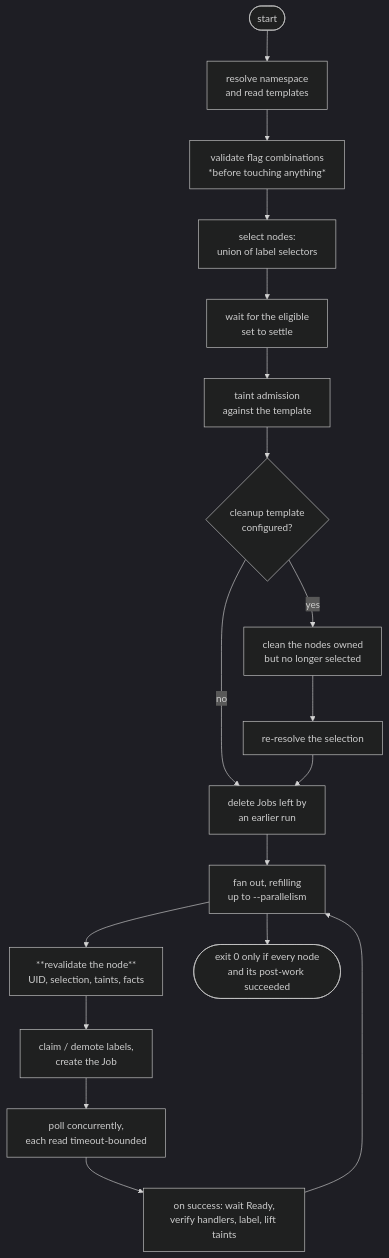
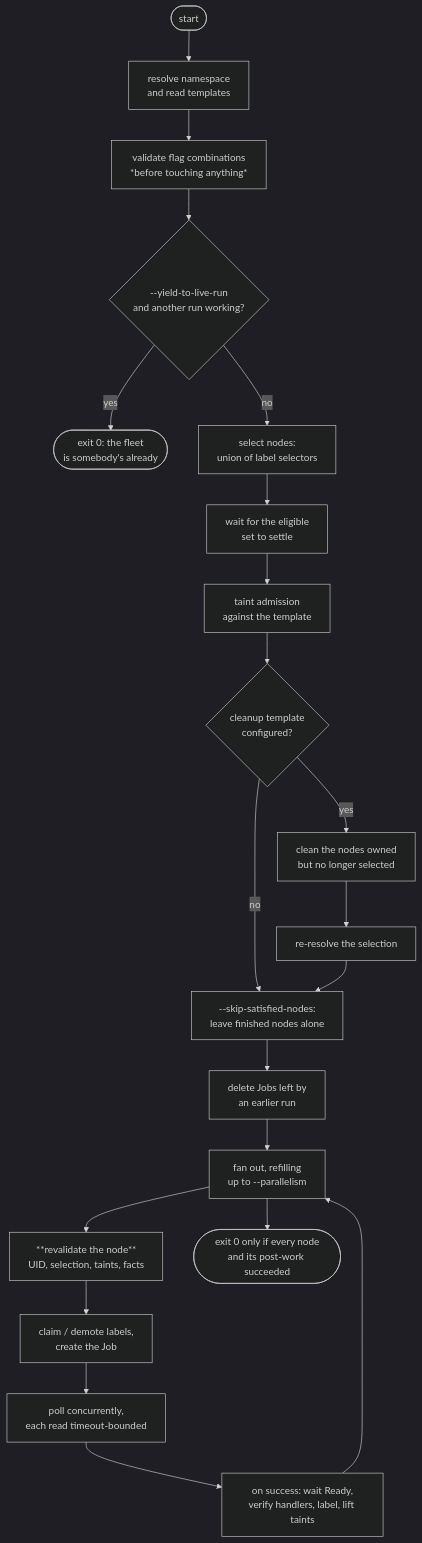
One commit to fidencio/k8s-job-dispatcher changed the second of 3 diagrams in ARCHITECTURE.md. Above: the diagram before and after it, drawn with Mermaid (dark theme). The commit also changed other lines of this file and 3 other files, not shown here.

First line of the commit message:
dispatcher: Leave alone the nodes already showing a finished run

````diff
--- a/ARCHITECTURE.md
+++ b/ARCHITECTURE.md
@@ -71,20 +71,23 @@
 ```mermaid
 flowchart TD
     begin(["start"]) --> ns["resolve namespace<br>and read templates"]
     ns --> guard["validate flag combinations<br>*before touching anything*"]
-    guard --> select["select nodes:<br>union of label selectors"]
+    guard --> live{"--yield-to-live-run<br>and another run working?"}
+    live -- yes --> aside(["exit 0: the fleet<br>is somebody's already"])
+    live -- no --> select["select nodes:<br>union of label selectors"]
     select --> settle["wait for the eligible<br>set to settle"]
     settle --> admit["taint admission<br>against the template"]
     admit --> converge{"cleanup template<br>configured?"}
     converge -- yes --> removed["clean the nodes owned<br>but no longer selected"]
-    converge -- no --> stale
+    converge -- no --> skip
     removed --> reresolve["re-resolve the selection"]
-    reresolve --> stale["delete Jobs left by<br>an earlier run"]
+    reresolve --> skip["--skip-satisfied-nodes:<br>leave finished nodes alone"]
+    skip --> stale["delete Jobs left by<br>an earlier run"]
     stale --> fanout["fan out, refilling<br>up to --parallelism"]
     fanout --> revalidate["**revalidate the node**<br>UID, selection, taints, facts"]
     revalidate --> dispatch["claim / demote labels,<br>create the Job"]
     dispatch --> poll["poll concurrently,<br>each read timeout-bounded"]
     poll --> postwork["on success: wait Ready,<br>verify handlers, label, lift taints"]
     postwork --> fanout
     fanout --> done(["exit 0 only if every node<br>and its post-work succeeded"])
 ```
````
